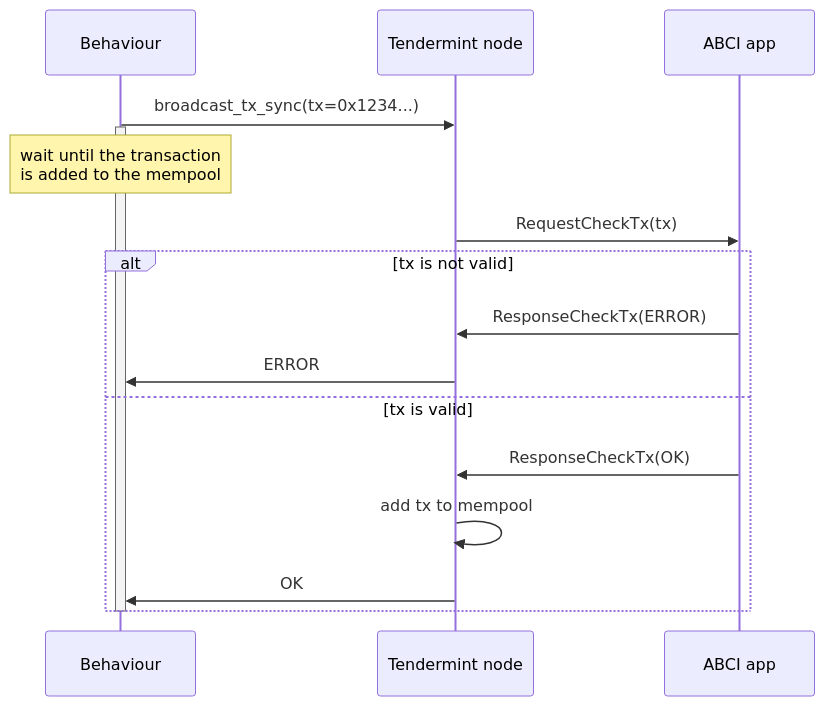
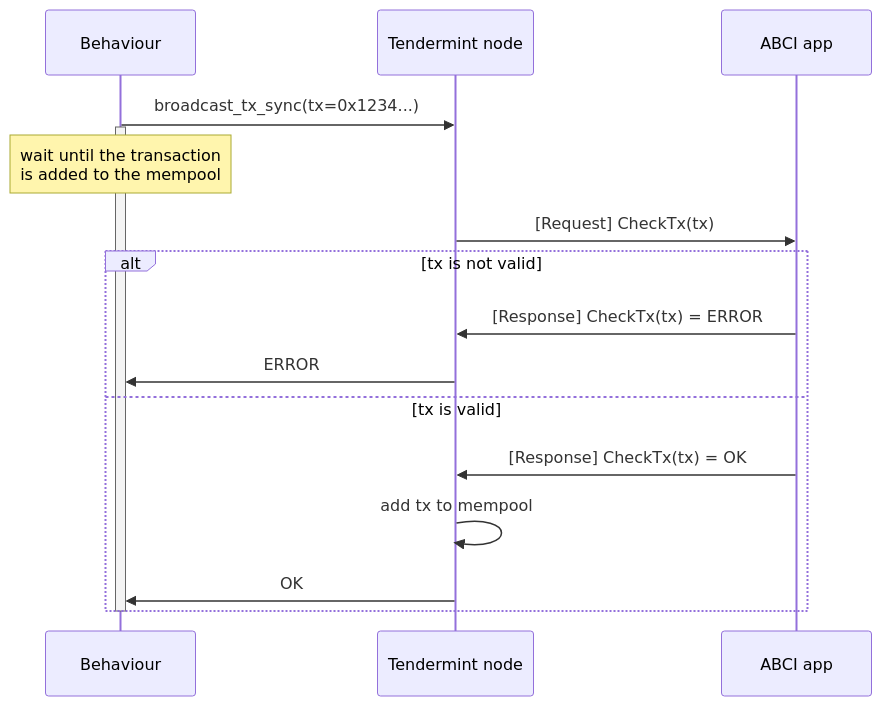
Before and after one commit to valory-xyz/open-autonomy: the first of 4 diagrams in docs/abci.md, drawn with Mermaid. The commit also changed other lines of this file and 23 other files, not shown here.

```diff
--- a/docs/abci.md
+++ b/docs/abci.md
@@ -119,24 +135,23 @@
 <div class="mermaid">
     sequenceDiagram
 
         participant Behaviour
         participant Tendermint node
         participant ABCI app
 
         Behaviour->>Tendermint node: broadcast_tx_sync(tx=0x1234...)
         activate Behaviour
         note over Behaviour: wait until the transaction<br/>is added to the mempool
 
-        Tendermint node->>ABCI app: RequestCheckTx(tx)
+        Tendermint node->>ABCI app: [Request] CheckTx(tx)
         alt tx is not valid
-          ABCI app->>Tendermint node: ResponseCheckTx(ERROR)
+          ABCI app->>Tendermint node: [Response] CheckTx(tx) = ERROR
           Tendermint node->>Behaviour: ERROR
         else tx is valid
-          ABCI app->>Tendermint node: ResponseCheckTx(OK)
+          ABCI app->>Tendermint node: [Response] CheckTx(tx) = OK
           Tendermint node->>Tendermint node: add tx to mempool
           Tendermint node->>Behaviour: OK
         end
 
         deactivate Behaviour
-
 </div>
```
